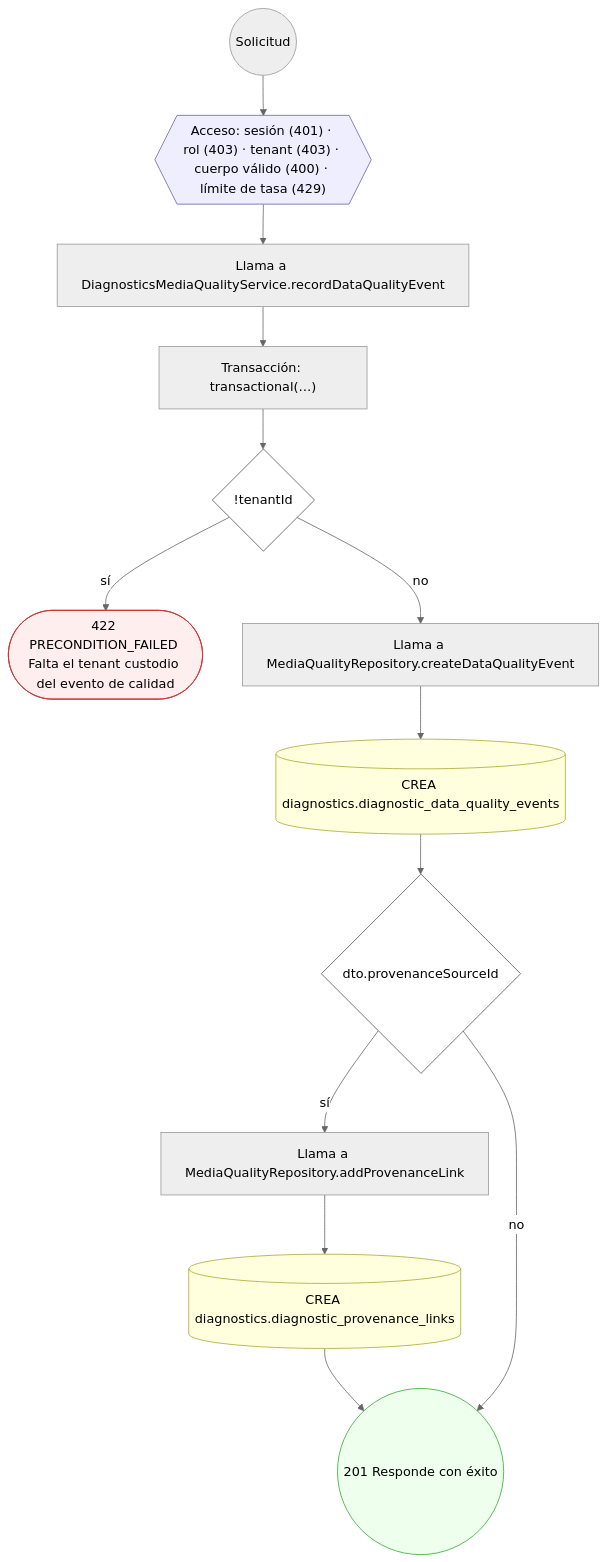
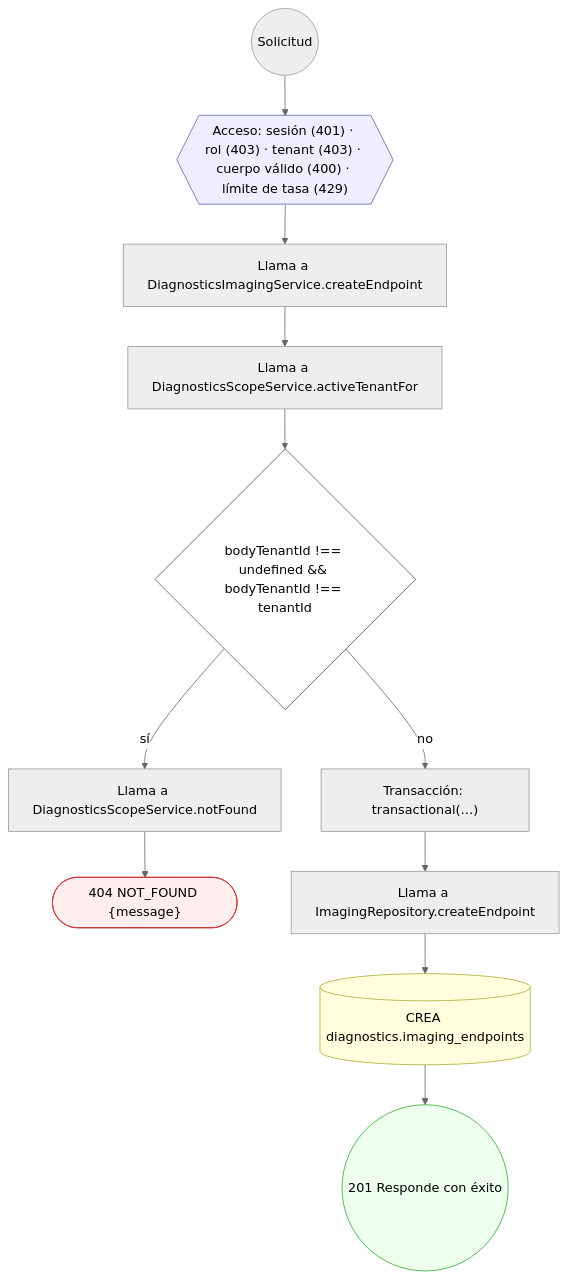
Before and after one commit to mdavila-2001/mantra-core-health-api: diagram 19 of 31 in docs/inventario/flujos/diagnostics.md, drawn with Mermaid (neutral theme). The commit also changed other lines of this file and 438 other files, not shown here.

````diff
--- a/docs/inventario/flujos/diagnostics.md
+++ b/docs/inventario/flujos/diagnostics.md
@@ -1494,33 +1781,30 @@
 ```mermaid
 flowchart TD
   n1(("Solicitud")):::inicio
   n2{{"Acceso: sesión (401) · rol (403) · tenant (403) · cuerpo válido (400) · límite de tasa (429)"}}:::acceso
   n1 --> n2
-  n3["Llama a DiagnosticsMediaQualityService.recordDataQualityEvent"]:::llamada
+  n3["Llama a DiagnosticsImagingService.createEndpoint"]:::llamada
   n2 --> n3
-  n4["Transacción: transactional(…)"]:::transaccion
+  n4["Llama a DiagnosticsScopeService.activeTenantFor"]:::llamada
   n3 --> n4
-  n5{"!tenantId"}:::decision
+  n5{"bodyTenantId !== undefined && bodyTenantId !== tenantId"}:::decision
   n4 --> n5
-  n6(["422 PRECONDITION_FAILED Falta el tenant custodio del evento de calidad"]):::error
+  n6["Llama a DiagnosticsScopeService.notFound"]:::llamada
   n5 -->|"sí"| n6
-  n7["Llama a MediaQualityRepository.createDataQualityEvent"]:::llamada
-  n5 -->|"no"| n7
-  n8[("CREA diagnostics.diagnostic_data_quality_events")]:::efecto
-  n7 --> n8
-  n9{"dto.provenanceSourceId"}:::decision
+  n7(["404 NOT_FOUND {message}"]):::error
+  n6 --> n7
+  n8["Transacción: transactional(…)"]:::transaccion
+  n5 -->|"no"| n8
+  n9["Llama a ImagingRepository.createEndpoint"]:::llamada
   n8 --> n9
-  n10["Llama a MediaQualityRepository.addProvenanceLink"]:::llamada
-  n9 -->|"sí"| n10
-  n11[("CREA diagnostics.diagnostic_provenance_links")]:::efecto
+  n10[("CREA diagnostics.imaging_endpoints")]:::efecto
+  n9 --> n10
+  n11(("201 Responde con éxito")):::ok
   n10 --> n11
-  n12(("201 Responde con éxito")):::ok
-  n11 --> n12
-  n9 -->|"no"| n12
   classDef acceso fill:#eef,stroke:#66a
   classDef error fill:#fee,stroke:#c33
   classDef ok fill:#efe,stroke:#3a3
   classDef efecto fill:#ffd,stroke:#aa3
   classDef decision fill:#fff,stroke:#555
   classDef corte fill:#eee,stroke:#999,stroke-dasharray: 4
 ```
````
